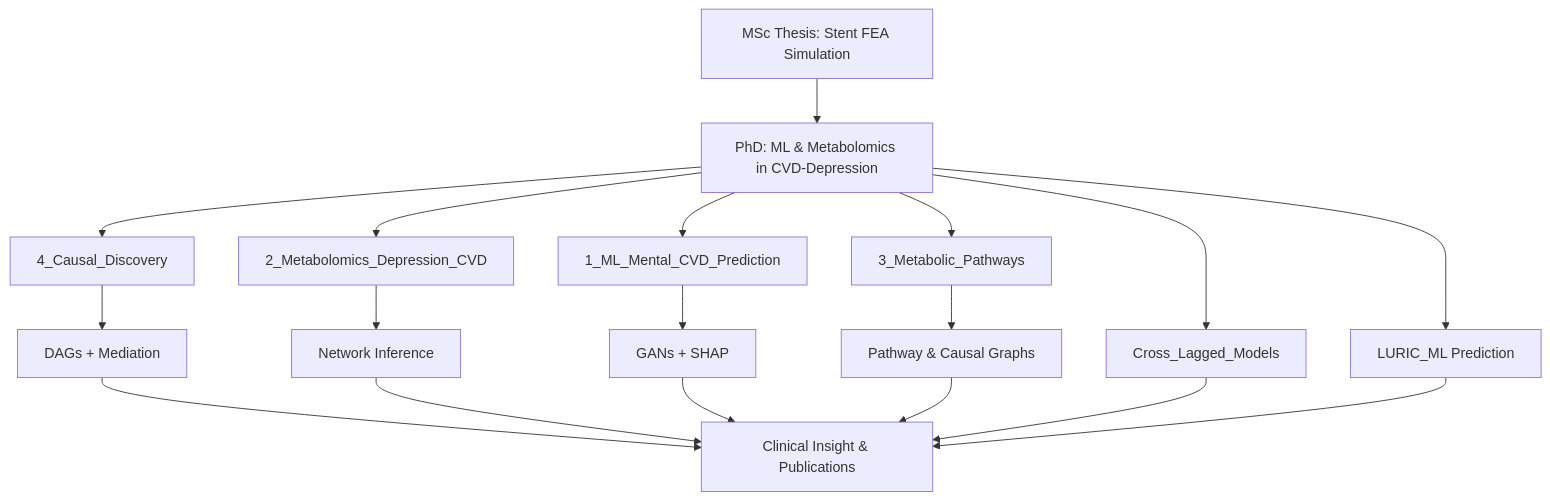
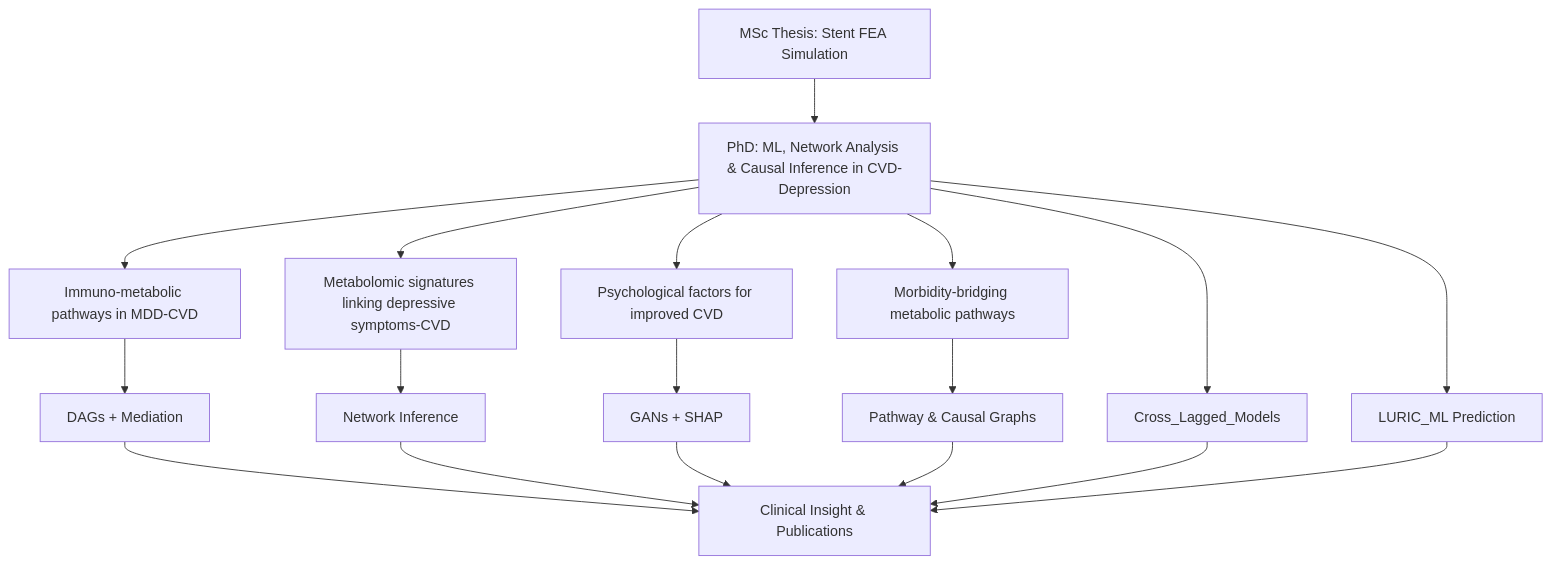
One commit to AngelaKoloi/Biomedical-Data-Science-Research changed the diagram in README.md. Above: the diagram before and after it, drawn with Mermaid.

````diff
--- a/README.md
+++ b/README.md
@@ -17,20 +17,20 @@
 ```mermaid
 graph TD
-    A[MSc Thesis: Stent FEA Simulation] --> B[PhD: ML & Metabolomics in CVD-Depression]
-    B --> C[1_ML_Mental_CVD_Prediction]
-    B --> D[2_Metabolomics_Depression_CVD]
-    B --> E[3_Metabolic_Pathways]
-    B --> F[4_Causal_Discovery]
+    A[MSc Thesis: Stent FEA Simulation] --> B[PhD: ML, Network Analysis & Causal Inference in CVD-Depression]
+    B --> C[Psychological factors for improved CVD]
+    B --> D[Metabolomic signatures linking depressive symptoms-CVD]
+    B --> E[Morbidity-bridging metabolic pathways]
+    B --> F[Immuno-metabolic pathways in MDD-CVD]
     C --> G[GANs + SHAP]
     D --> H[Network Inference]
     E --> I[Pathway & Causal Graphs]
     F --> J[DAGs + Mediation]
     J --> K[Clinical Insight & Publications]
     H --> K
     G --> K
     I --> K
     B --> L[Cross_Lagged_Models]
     L --> K
     B --> M[LURIC_ML Prediction]
     M --> K
 ```
````
